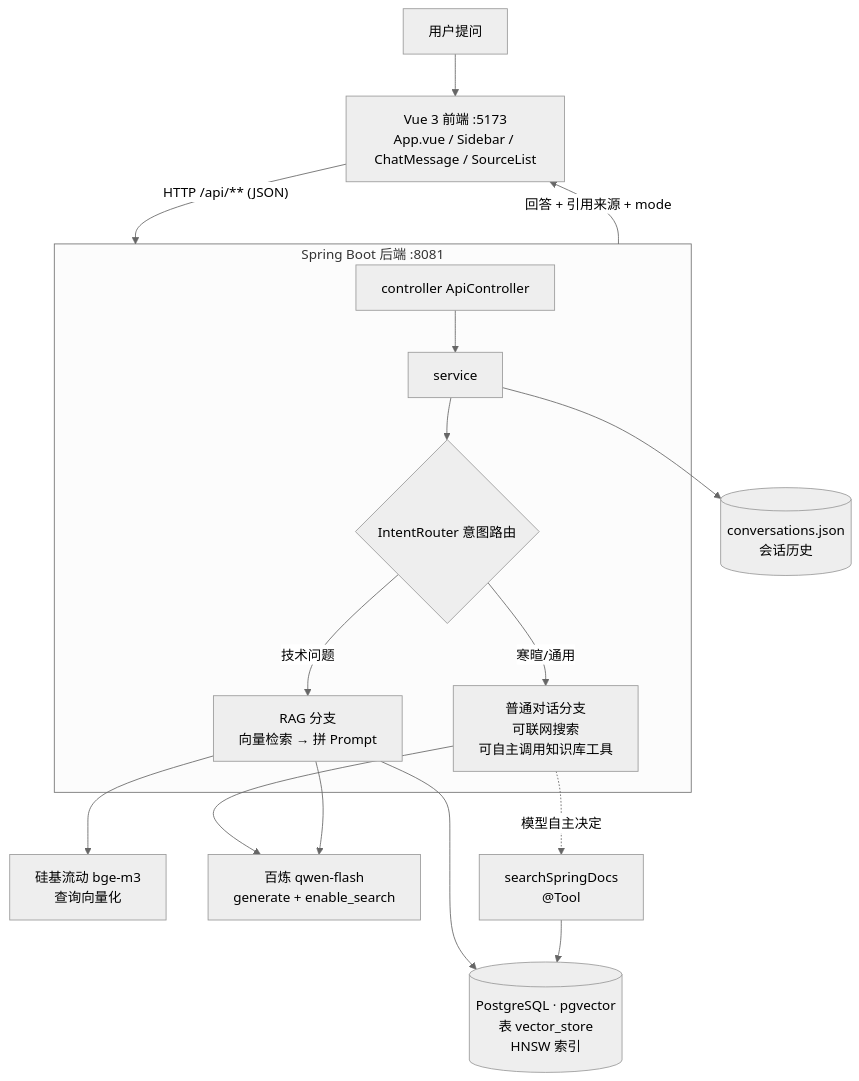
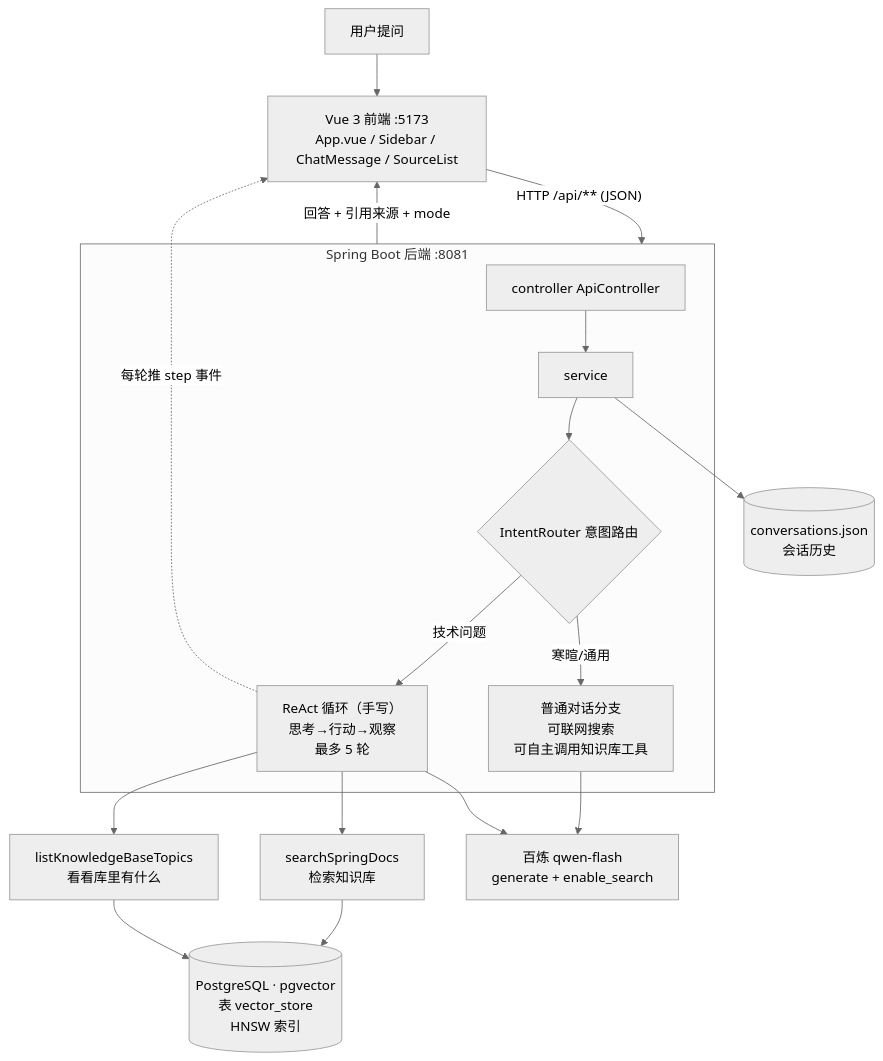
The diagram in README.md (yezzz0525/doc-agent), drawn with Mermaid (neutral theme) before and after one commit. The commit also changed other lines of this file and 13 other files, not shown here.

````diff
--- a/README.md
+++ b/README.md
@@ -32,21 +34,22 @@
 ```mermaid
 flowchart TD
     U[用户提问] --> FE["Vue 3 前端 :5173<br/>App.vue / Sidebar / ChatMessage / SourceList"]
     FE -- "HTTP /api/** (JSON)" --> BE["Spring Boot 后端 :8081"]
 
     subgraph BE[Spring Boot 后端 :8081]
         C[controller ApiController] --> S[service]
         S --> R{IntentRouter 意图路由}
         R -- "寒暄/通用" --> CHAT[普通对话分支<br/>可联网搜索<br/>可自主调用知识库工具]
-        R -- "技术问题" --> RAG[RAG 分支<br/>向量检索 → 拼 Prompt]
+        R -- "技术问题" --> REACT["ReAct 循环（手写）<br/>思考→行动→观察<br/>最多 5 轮"]
     end
 
-    RAG --> V[("PostgreSQL · pgvector<br/>表 vector_store<br/>HNSW 索引")]
-    RAG --> EMB[硅基流动 bge-m3<br/>查询向量化]
+    REACT --> TOOL1["searchSpringDocs<br/>检索知识库"]
+    REACT --> TOOL2["listKnowledgeBaseTopics<br/>看看库里有什么"]
+    TOOL1 --> V[("PostgreSQL · pgvector<br/>表 vector_store<br/>HNSW 索引")]
+    TOOL2 --> V
     CHAT --> LLM[百炼 qwen-flash<br/>generate + enable_search]
-    RAG --> LLM
-    CHAT -.->|"模型自主决定"| TOOL["searchSpringDocs<br/>@Tool"]
-    TOOL --> V
+    REACT --> LLM
+    REACT -.->|"每轮推 step 事件"| FE
     S --> CONV[(conversations.json<br/>会话历史)]
     BE -- "回答 + 引用来源 + mode" --> FE
 ```
````
